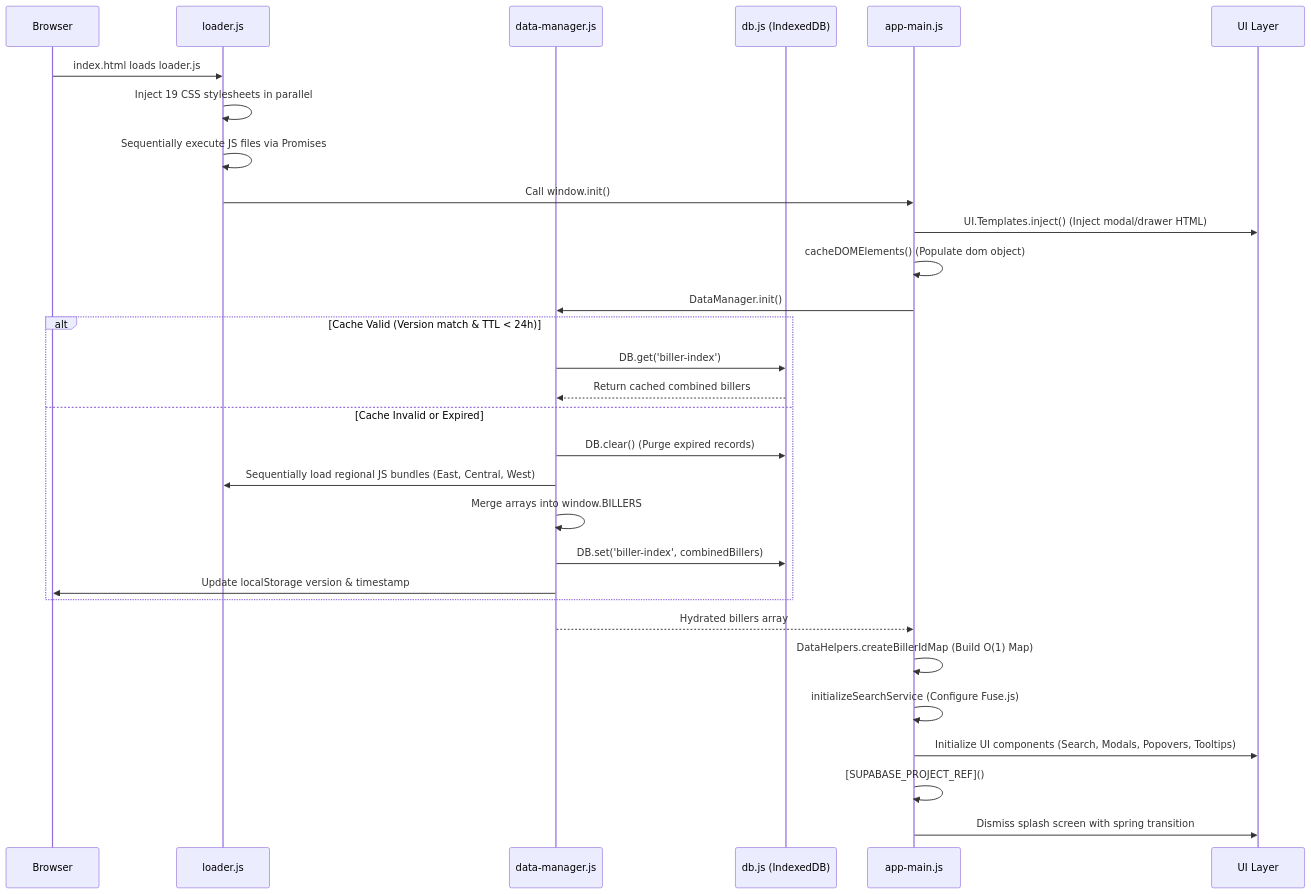
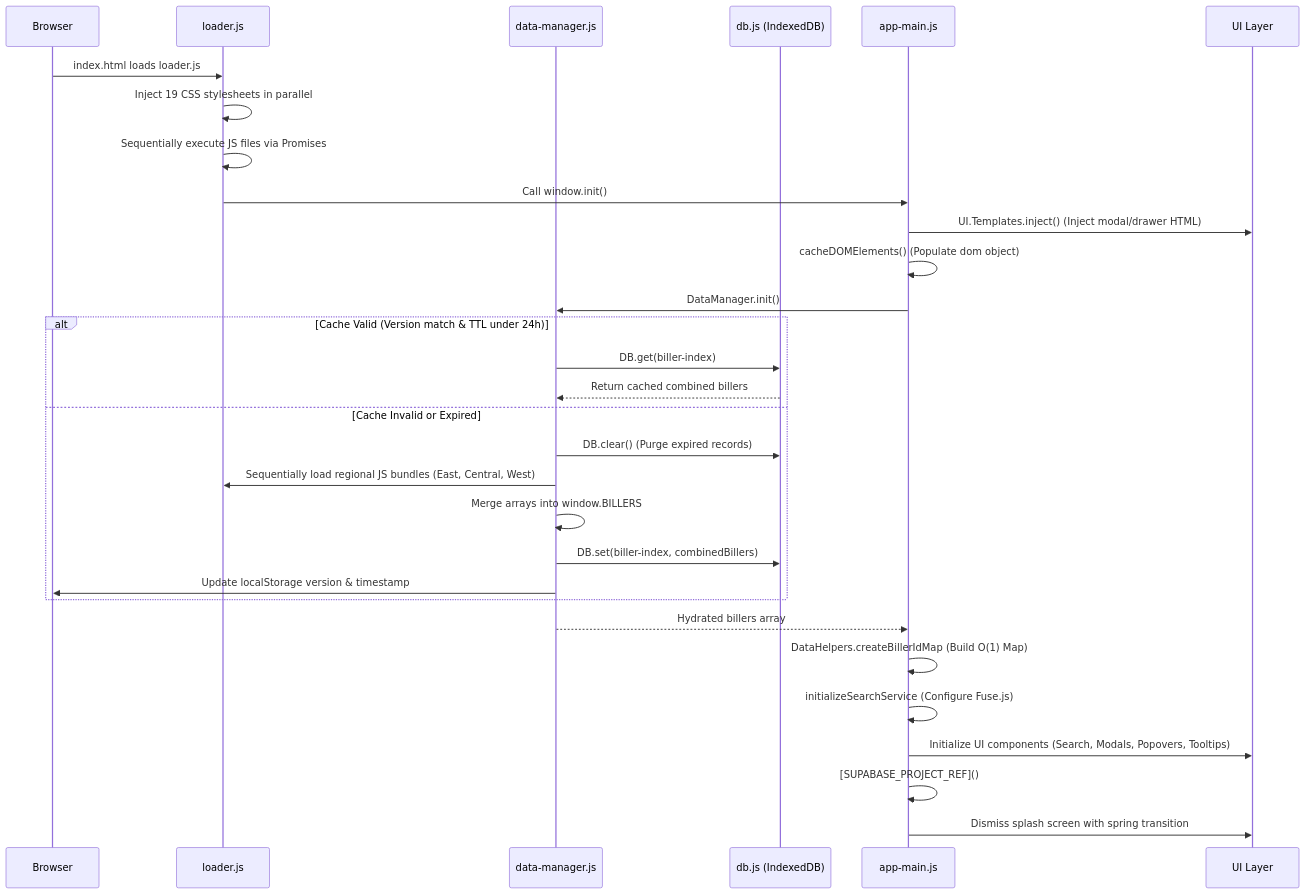
The third of 7 diagrams in synced-docs/cf-admin/documentation/archive/DO NOT SCAN!/SYSTEM_PERFORMANCE_AND_SECURITY.md (Harshil8136/chess-game1), drawn with Mermaid before and after one commit. The commit also changed other lines of this file and 4 other files, not shown here.

````diff
--- a/synced-docs/cf-admin/documentation/archive/DO NOT SCAN!/SYSTEM_PERFORMANCE_AND_SECURITY.md
+++ b/synced-docs/cf-admin/documentation/archive/DO NOT SCAN!/SYSTEM_PERFORMANCE_AND_SECURITY.md
@@ -146,35 +137,35 @@
 ```mermaid
 sequenceDiagram
     participant Browser
     participant Loader as loader.js
     participant DataManager as data-manager.js
     participant DB as db.js (IndexedDB)
     participant AppMain as app-main.js
     participant UI as UI Layer
 
     Browser->>Loader: index.html loads loader.js
     Loader->>Loader: Inject 19 CSS stylesheets in parallel
     Loader->>Loader: Sequentially execute JS files via Promises
     Loader->>AppMain: Call window.init()
     AppMain->>UI: UI.Templates.inject() (Inject modal/drawer HTML)
     AppMain->>AppMain: cacheDOMElements() (Populate dom object)
     AppMain->>DataManager: DataManager.init()
     
-    alt Cache Valid (Version match & TTL < 24h)
-        DataManager->>DB: DB.get('biller-index')
+    alt Cache Valid (Version match & TTL under 24h)
+        DataManager->>DB: DB.get(biller-index)
         DB-->>DataManager: Return cached combined billers
     else Cache Invalid or Expired
         DataManager->>DB: DB.clear() (Purge expired records)
         DataManager->>Loader: Sequentially load regional JS bundles (East, Central, West)
         DataManager->>DataManager: Merge arrays into window.BILLERS
-        DataManager->>DB: DB.set('biller-index', combinedBillers)
+        DataManager->>DB: DB.set(biller-index, combinedBillers)
         DataManager->>Browser: Update localStorage version & timestamp
     end
 
     DataManager-->>AppMain: Hydrated billers array
     AppMain->>AppMain: DataHelpers.createBillerIdMap (Build O(1) Map)
     AppMain->>AppMain: initializeSearchService (Configure Fuse.js)
     AppMain->>UI: Initialize UI components (Search, Modals, Popovers, Tooltips)
     AppMain->>AppMain: [SUPABASE_PROJECT_REF]()
     AppMain->>UI: Dismiss splash screen with spring transition
 ```
````
